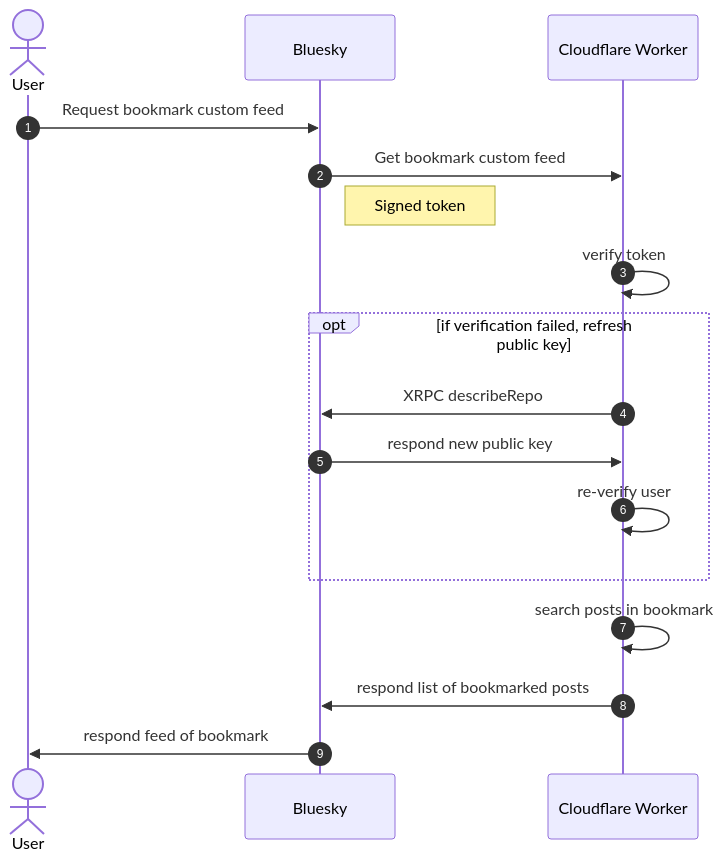
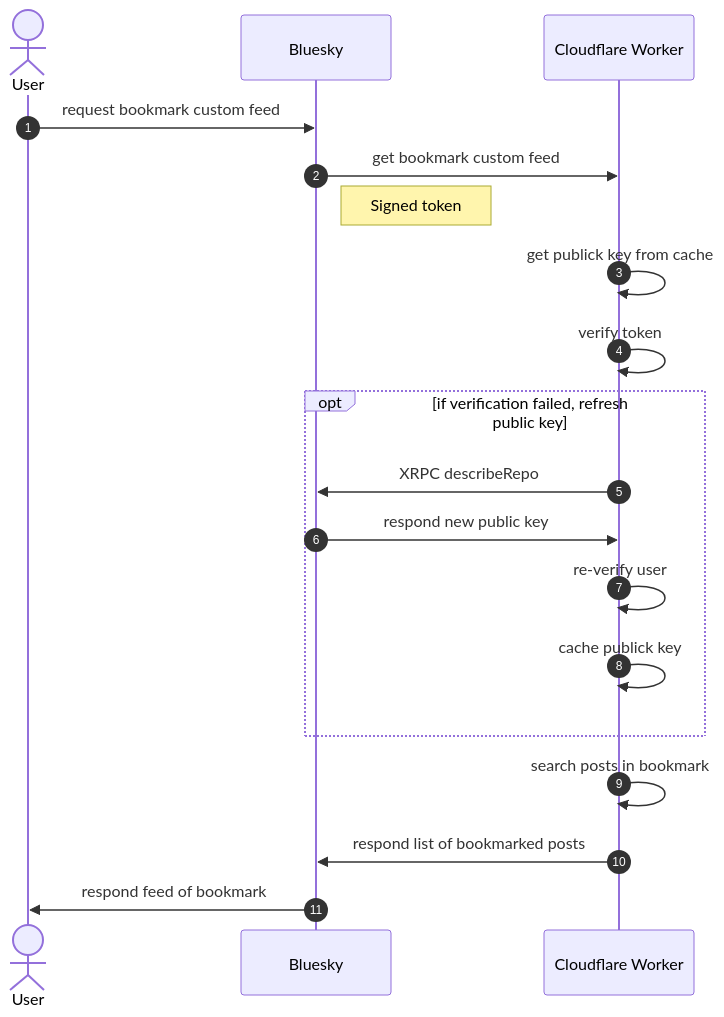
One commit to mzyy94/bluebookmark changed the fourth of 4 diagrams in README.md. Above: the diagram before and after it, drawn with Mermaid. The commit also changed other lines of this file, not shown here.

````diff
--- a/README.md
+++ b/README.md
@@ -235,19 +236,21 @@
 ```mermaid
 sequenceDiagram
     autonumber
     actor User
     participant Bluesky
     participant Cloudflare as Cloudflare Worker
-    User->>Bluesky: Request bookmark custom feed
-    Bluesky->>Cloudflare: Get bookmark custom feed
+    User->>Bluesky: request bookmark custom feed
+    Bluesky->>Cloudflare: get bookmark custom feed
     Note right of Bluesky: Signed token
+    Cloudflare->>Cloudflare: get publick key from cache
     Cloudflare->>Cloudflare: verify token
     opt if verification failed, refresh public key
         Cloudflare->>Bluesky: XRPC describeRepo
         Bluesky->>Cloudflare: respond new public key
         Cloudflare->>Cloudflare: re-verify user
+        Cloudflare->>Cloudflare: cache publick key
     end
     Cloudflare->>Cloudflare: search posts in bookmark
     Cloudflare->>Bluesky: respond list of bookmarked posts
     Bluesky->>User: respond feed of bookmark
 ```
````
